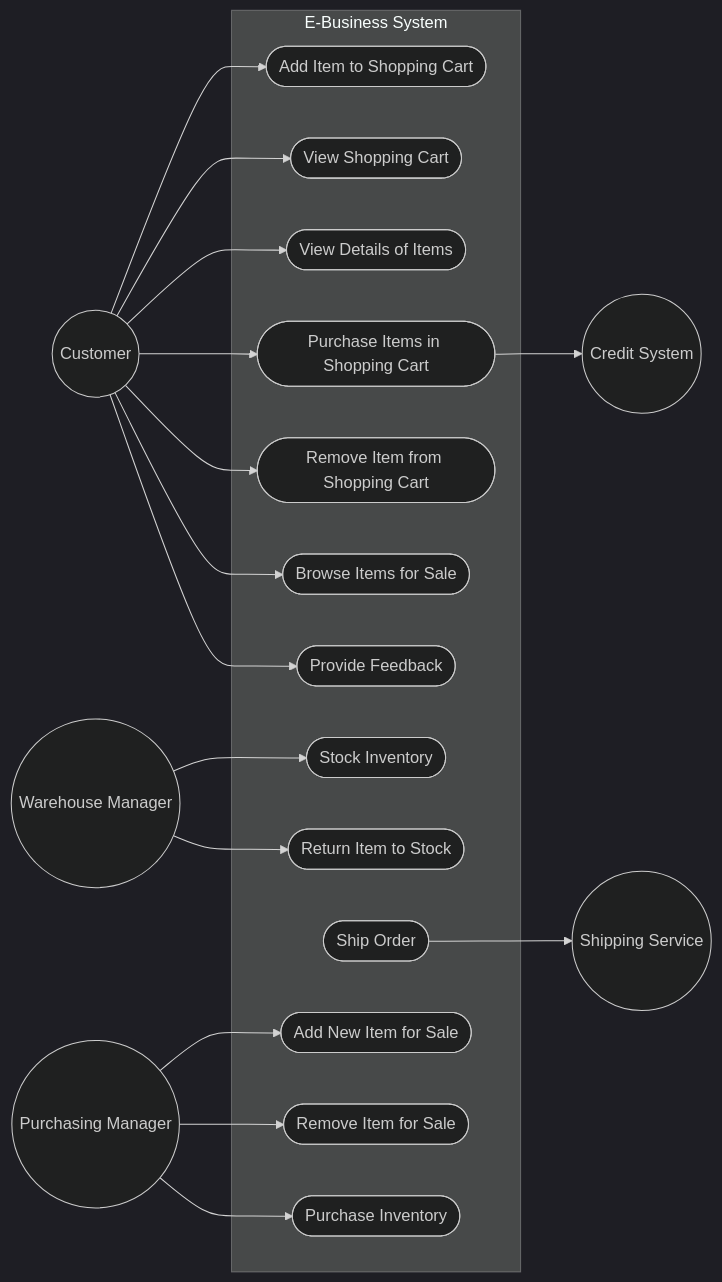
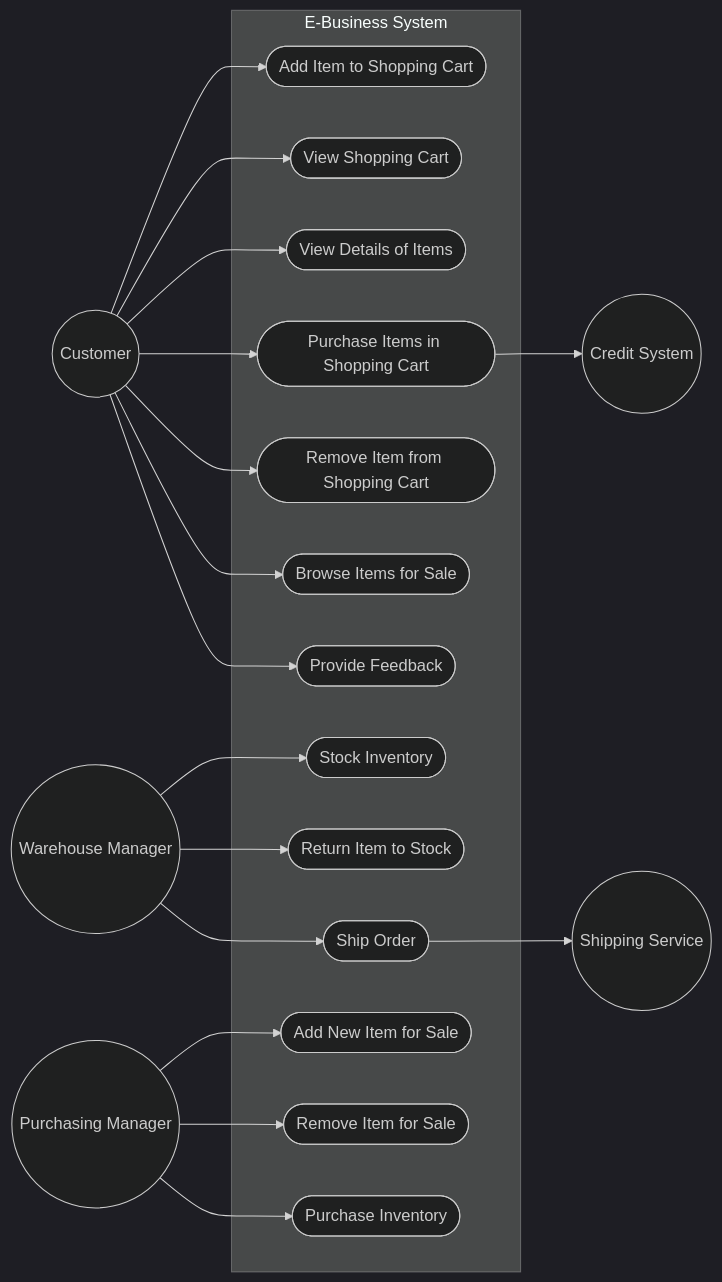
The diagram in visual_diagrams/assignment_6-7/order_processing.md (sokoluk-andrey/tsi-software-engineering-pkm), drawn with Mermaid (dark theme) before and after one commit.

````diff
--- a/visual_diagrams/assignment_6-7/order_processing.md
+++ b/visual_diagrams/assignment_6-7/order_processing.md
@@ -1,42 +1,43 @@
 ```mermaid
 flowchart LR
     Customer((Customer))
     CreditSystem((Credit System))
     WarehouseManager((Warehouse Manager))
     ShippingService((Shipping Service))
     PurchasingManager((Purchasing Manager))
 
     subgraph System [E-Business System]
         UC1([Add Item to Shopping Cart])
         UC2([View Shopping Cart])
         UC3([View Details of Items])
         UC4([Purchase Items in Shopping Cart])
         UC5([Remove Item from Shopping Cart])
         UC6([Browse Items for Sale])
         UC7([Provide Feedback])
         UC8([Stock Inventory])
         UC9([Return Item to Stock])
         UC10([Ship Order])
         UC11([Add New Item for Sale])
         UC12([Remove Item for Sale])
         UC13([Purchase Inventory])
     end
 
     Customer --> UC1
     Customer --> UC2
     Customer --> UC3
     Customer --> UC4
     Customer --> UC5
     Customer --> UC6
     Customer --> UC7
 
     UC4 --> CreditSystem
     UC10 --> ShippingService
 
     WarehouseManager --> UC8
     WarehouseManager --> UC9
+    WarehouseManager --> UC10
 
     PurchasingManager --> UC11
     PurchasingManager --> UC12
     PurchasingManager --> UC13
 ```
````
